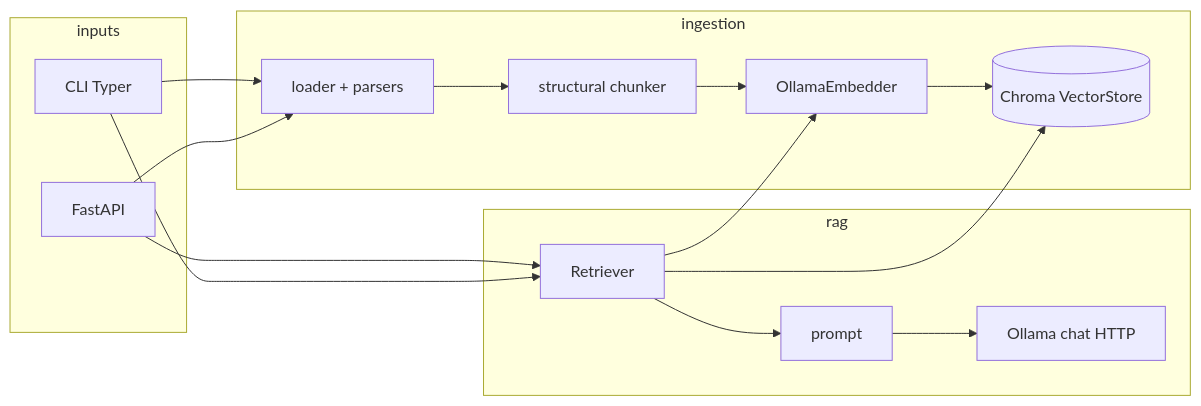
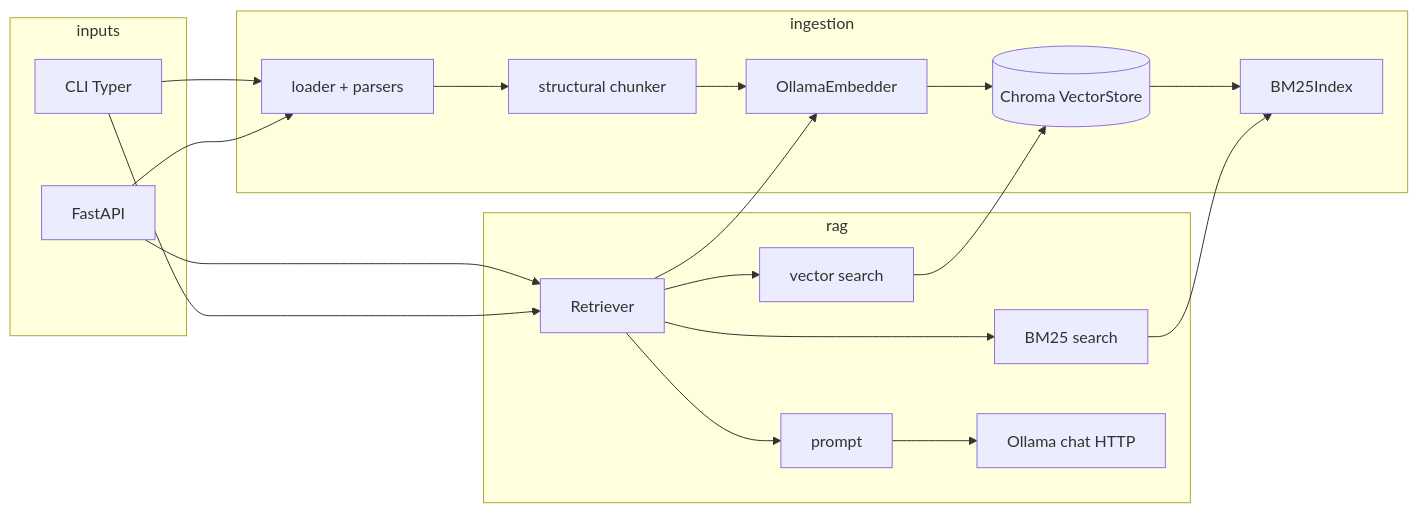
One commit to n0nuser/LocalRAG changed the diagram in docs/architecture.md. Above: the diagram before and after it, drawn with Mermaid. The commit also changed other lines of this file and 18 other files, not shown here.

````diff
--- a/docs/architecture.md
+++ b/docs/architecture.md
@@ -9,26 +9,33 @@
 ```mermaid
 flowchart LR
   subgraph inputs
     CLI[CLI Typer]
     API[FastAPI]
   end
   subgraph ingestion
     L[loader + parsers]
     C[structural chunker]
     E[OllamaEmbedder]
     VS[(Chroma VectorStore)]
+    B[BM25Index]
   end
   subgraph rag
     R[Retriever]
+    V[vector search]
+    X[BM25 search]
     P[prompt]
     LLM[Ollama chat HTTP]
   end
   CLI --> L
   API --> L
   L --> C --> E --> VS
+  VS --> B
   API --> R
   CLI --> R
-  R --> VS
+  R --> V
+  R --> X
+  V --> VS
+  X --> B
   R --> E
   R --> P --> LLM
 ```
````
